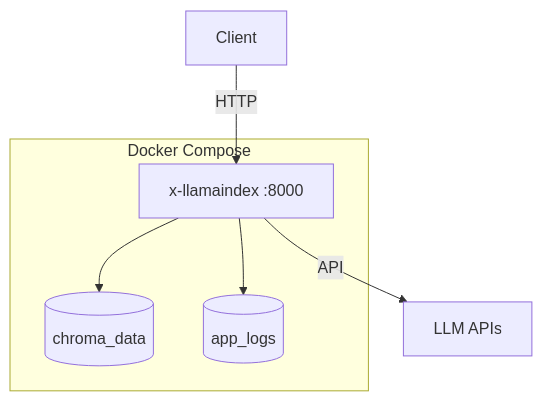
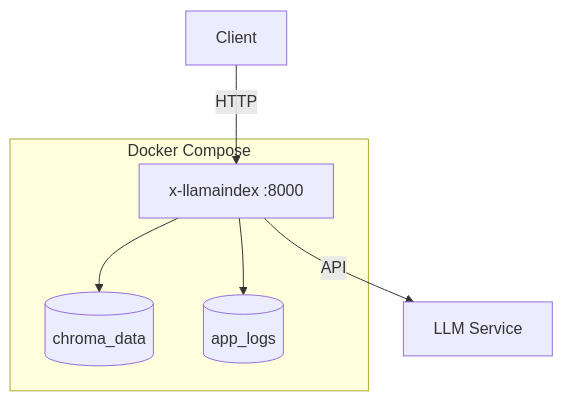
The fourth of 4 diagrams in README.en.md (chain-engine/x-llamaindex), drawn with Mermaid before and after one commit. The commit also changed other lines of this file and 2 other files, not shown here.

````diff
--- a/README.en.md
+++ b/README.en.md
@@ -314,12 +411,12 @@
 ```mermaid
 graph TB
   subgraph Compose["Docker Compose"]
     APP["x-llamaindex :8000"]
     V1[("chroma_data")]
     V2[("app_logs")]
   end
   Client[Client] -->|HTTP| APP
   APP --> V1
   APP --> V2
-  APP -->|API| LLM[LLM APIs]
+  APP -->|API| LLM[LLM Service]
 ```
````
